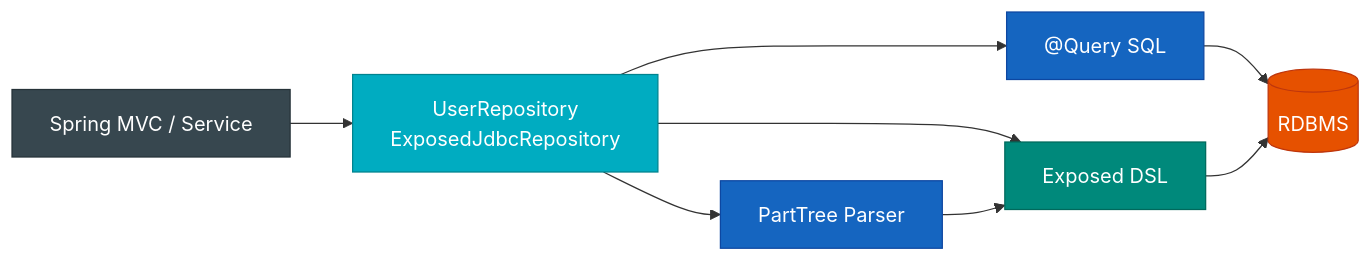
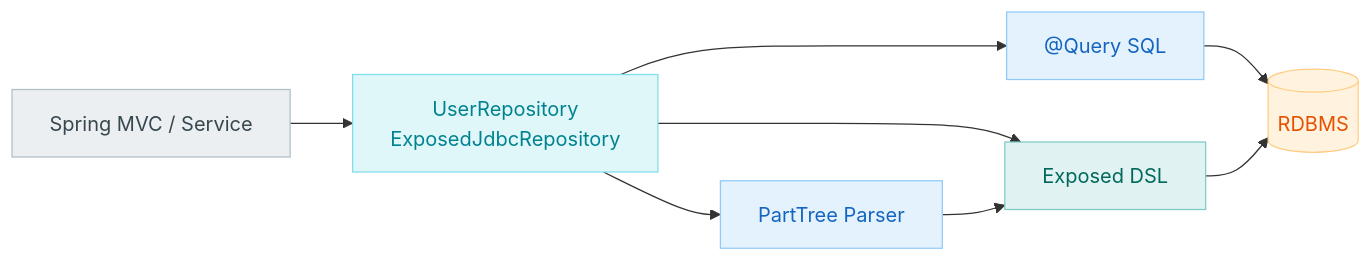
Before and after one commit to bluetape4k/bluetape4k-projects: the second of 2 diagrams in spring-boot4/exposed-jdbc/README.ko.md, drawn with Mermaid. The commit also changed other lines of this file and 219 other files, not shown here.

First line of the commit message:
docs: 전체 README Mermaid 다이어그램 가이드 적용

````diff
--- a/spring-boot4/exposed-jdbc/README.ko.md
+++ b/spring-boot4/exposed-jdbc/README.ko.md
@@ -70,29 +70,29 @@
 ```mermaid
 flowchart LR
     Controller["Spring MVC / Service"]
     Repo["UserRepository<br/>ExposedJdbcRepository"]
     PartTree["PartTree Parser"]
     Query["@Query SQL"]
     DSL["Exposed DSL"]
     DB[("RDBMS")]
 
     Controller --> Repo
     Repo --> PartTree
     Repo --> Query
     Repo --> DSL
     PartTree --> DSL
     Query --> DB
     DSL --> DB
 
-    classDef controllerStyle fill:#37474F,stroke:#263238,color:#FFFFFF
-    classDef repoStyle fill:#00ACC1,stroke:#00838F,color:#FFFFFF
-    classDef parserStyle fill:#1565C0,stroke:#0D47A1,color:#FFFFFF
-    classDef dslStyle fill:#00897B,stroke:#00695C,color:#FFFFFF
-    classDef dbStyle fill:#E65100,stroke:#BF360C,color:#FFFFFF
+    classDef controllerStyle fill:#ECEFF1,stroke:#B0BEC5,color:#37474F
+    classDef repoStyle fill:#E0F7FA,stroke:#80DEEA,color:#00838F
+    classDef parserStyle fill:#E3F2FD,stroke:#90CAF9,color:#1565C0
+    classDef dslStyle fill:#E0F2F1,stroke:#80CBC4,color:#00695C
+    classDef dbStyle fill:#FFF3E0,stroke:#FFCC80,color:#E65100
 
     class Controller controllerStyle
     class Repo repoStyle
     class PartTree,Query parserStyle
     class DSL dslStyle
     class DB dbStyle
 ```
````
